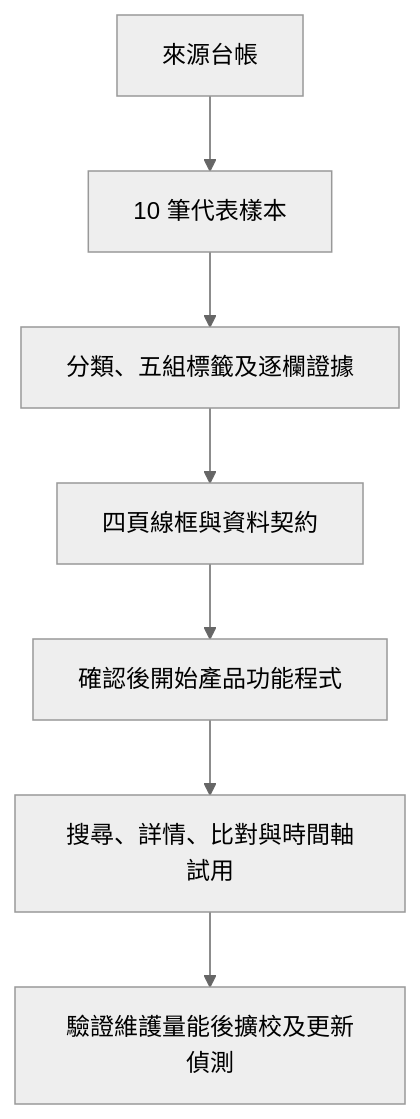
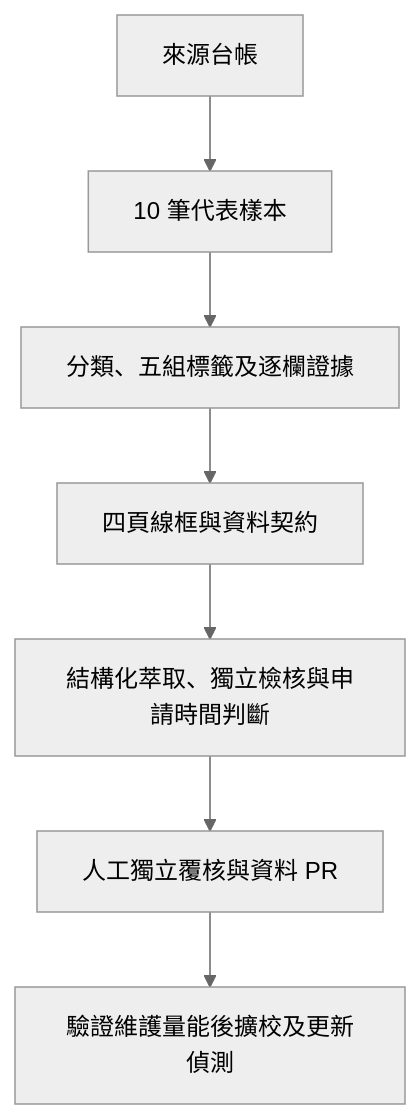
Before and after one commit to matt-ye/opengsa: the diagram in docs/PLAN.md, drawn with Mermaid (neutral theme). The commit also changed other lines of this file and 15 other files, not shown here.

Commit message:
feat: implement candidate schema, structured extraction, independent verification, and deadline/eligibility engine

````diff
--- a/docs/PLAN.md
+++ b/docs/PLAN.md
@@ -65,9 +62,9 @@
 ```mermaid
 flowchart TD
   A[來源台帳] --> B[10 筆代表樣本]
   B --> C[分類、五組標籤及逐欄證據]
   C --> D[四頁線框與資料契約]
-  D --> E[確認後開始產品功能程式]
-  E --> F[搜尋、詳情、比對與時間軸試用]
+  D --> E[結構化萃取、獨立檢核與申請時間判斷]
+  E --> F[人工獨立覆核與資料 PR]
   F --> G[驗證維護量能後擴校及更新偵測]
 ```
````
